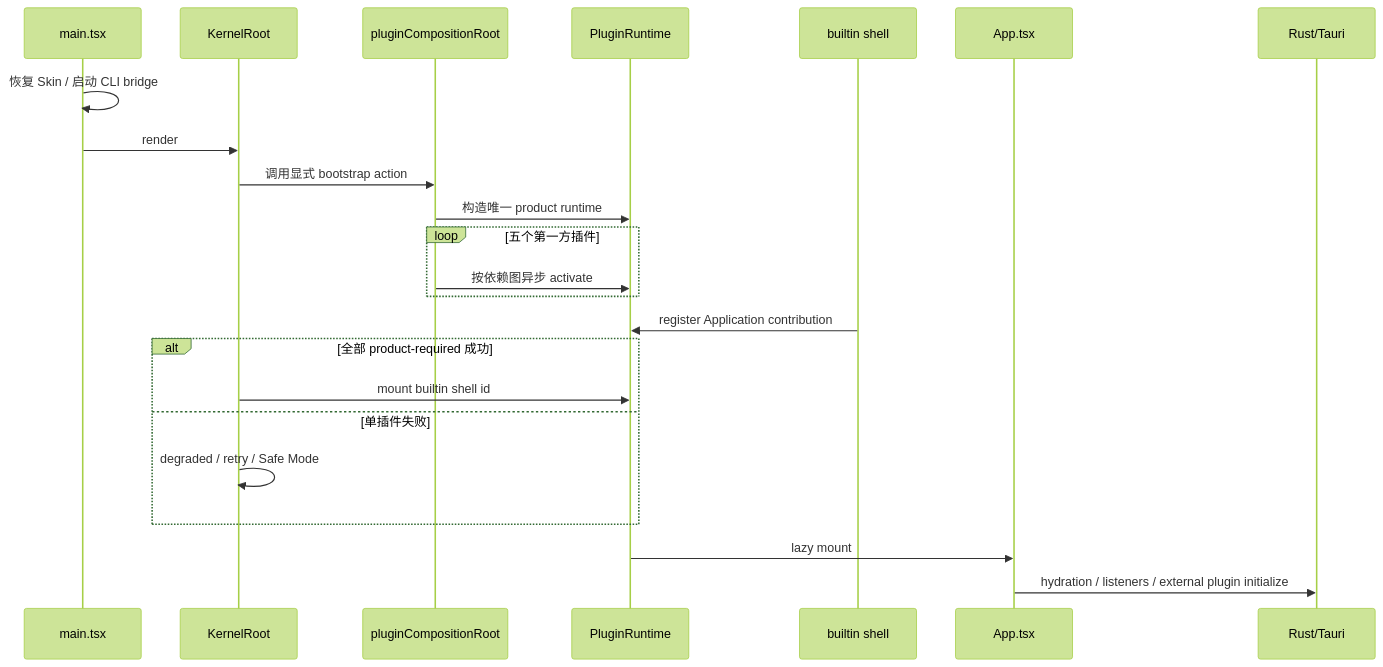
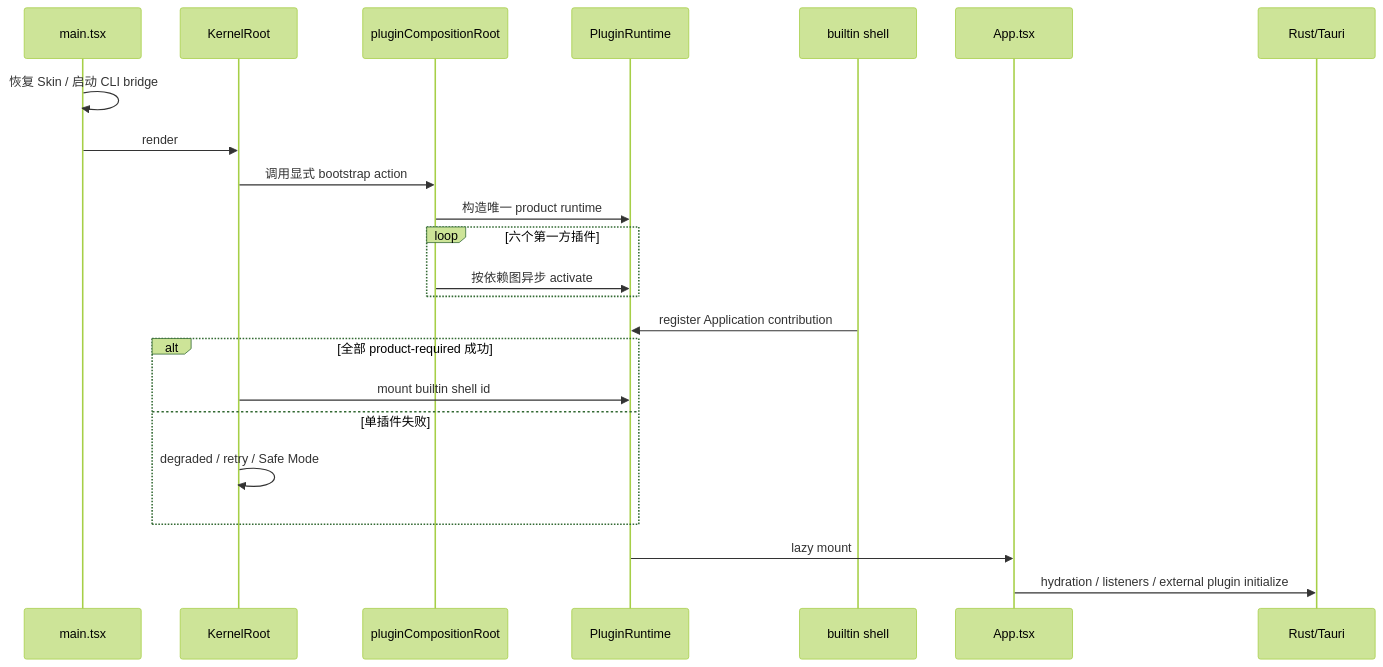
Before and after one commit to AlchemistCxC/Pylon-co-works: the second of 7 diagrams in docs/说明书/Pylon-项目架构参考.md, drawn with Mermaid (forest theme). The commit also changed other lines of this file and 5 other files, not shown here.

````diff
--- a/docs/说明书/Pylon-项目架构参考.md
+++ b/docs/说明书/Pylon-项目架构参考.md
@@ -113,26 +115,26 @@
 ```mermaid
 sequenceDiagram
   participant Main as main.tsx
   participant Kernel as KernelRoot
   participant Composition as pluginCompositionRoot
   participant Runtime as PluginRuntime
   participant Shell as builtin shell
   participant App as App.tsx
   participant Tauri as Rust/Tauri
 
   Main->>Main: 恢复 Skin / 启动 CLI bridge
   Main->>Kernel: render
   Kernel->>Composition: 调用显式 bootstrap action
   Composition->>Runtime: 构造唯一 product runtime
-  loop 五个第一方插件
+  loop 六个第一方插件
     Composition->>Runtime: 按依赖图异步 activate
   end
   Shell->>Runtime: register Application contribution
   alt 全部 product-required 成功
     Kernel->>Runtime: mount builtin shell id
   else 单插件失败
     Kernel->>Kernel: degraded / retry / Safe Mode
   end
   Runtime->>App: lazy mount
   App->>Tauri: hydration / listeners / external plugin initialize
 ```
````
